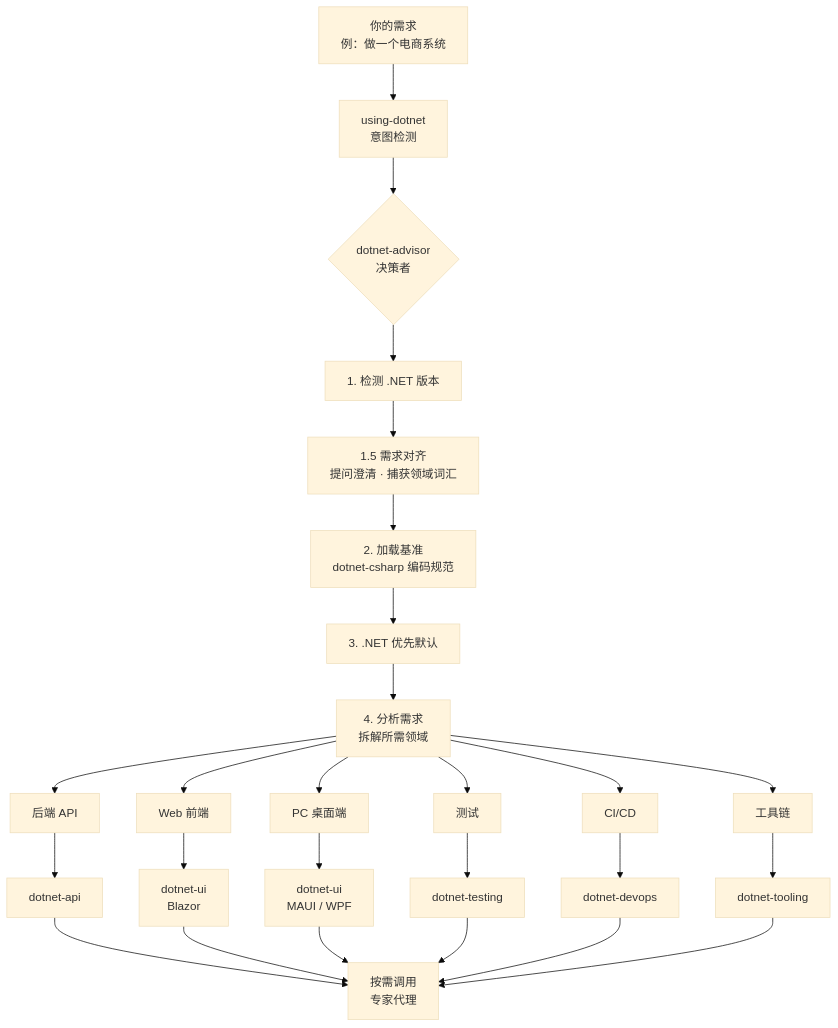
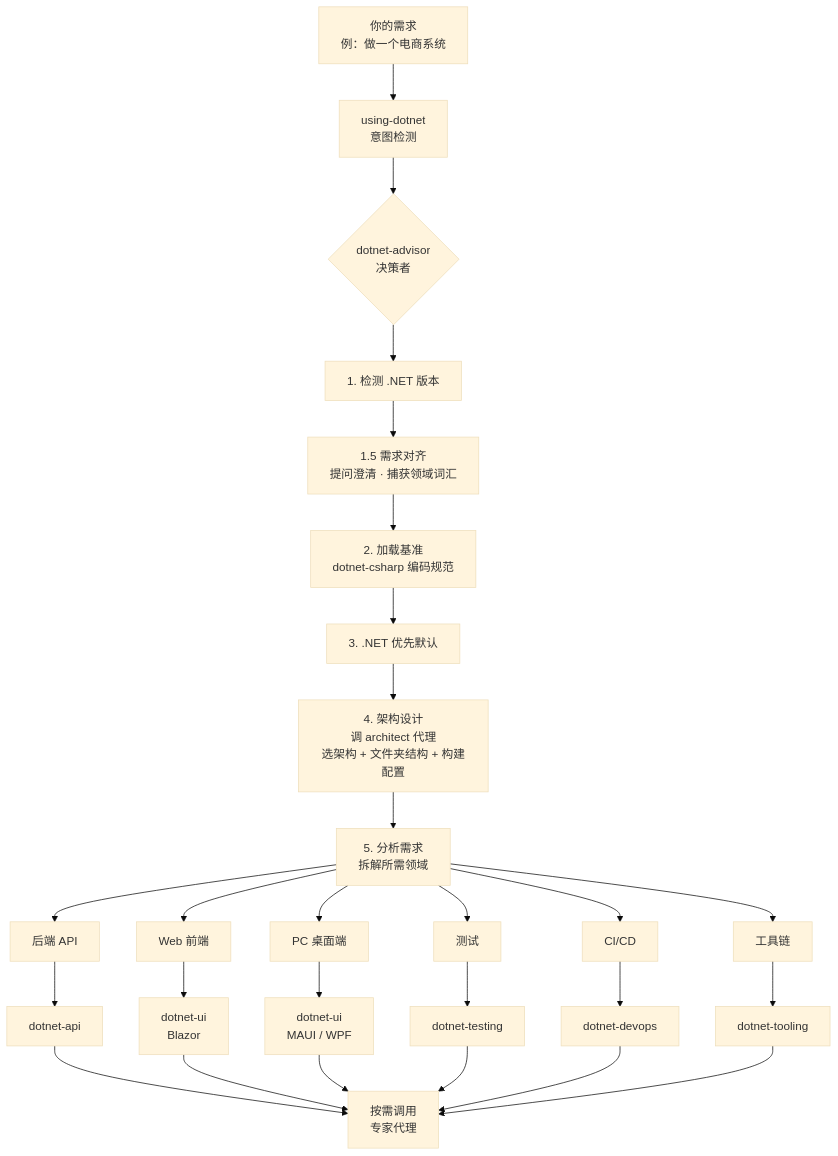
Before and after one commit to YataoFeng/dotnet-artisan: the diagram in README.md, drawn with Mermaid (base theme). The commit also changed other lines of this file and 1 other file, not shown here.

Commit message:
docs: add architecture design step to flowchart, update tooling description with solution structure

````diff
--- a/README.md
+++ b/README.md
@@ -50,28 +50,29 @@
 ```mermaid
 flowchart TD
     A[你的需求<br/>例：做一个电商系统] --> B[using-dotnet<br/>意图检测]
     B --> C{dotnet-advisor<br/>决策者}
     C --> D[1. 检测 .NET 版本]
     D --> E[1.5 需求对齐<br/>提问澄清 · 捕获领域词汇]
     E --> F[2. 加载基准<br/>dotnet-csharp 编码规范]
     F --> G[3. .NET 优先默认]
-    G --> H[4. 分析需求<br/>拆解所需领域]
-    H --> I1[后端 API]
-    H --> I2[Web 前端]
-    H --> I3[PC 桌面端]
-    H --> I4[测试]
-    H --> I5[CI/CD]
-    H --> I6[工具链]
+    G --> H[4. 架构设计<br/>调 architect 代理<br/>选架构 + 文件夹结构 + 构建配置]
+    H --> I[5. 分析需求<br/>拆解所需领域]
+    I --> I1[后端 API]
+    I --> I2[Web 前端]
+    I --> I3[PC 桌面端]
+    I --> I4[测试]
+    I --> I5[CI/CD]
+    I --> I6[工具链]
     I1 --> J1[dotnet-api]
     I2 --> J2[dotnet-ui<br/>Blazor]
     I3 --> J3[dotnet-ui<br/>MAUI / WPF]
     I4 --> J4[dotnet-testing]
     I5 --> J5[dotnet-devops]
     I6 --> J6[dotnet-tooling]
     J1 --> K[按需调用<br/>专家代理]
     J2 --> K
     J3 --> K
     J4 --> K
     J5 --> K
     J6 --> K
 ```
````
